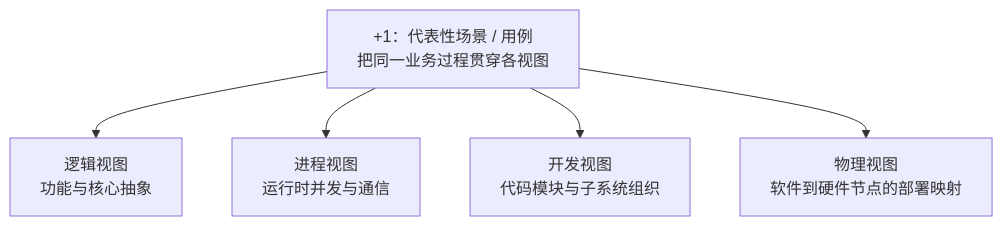
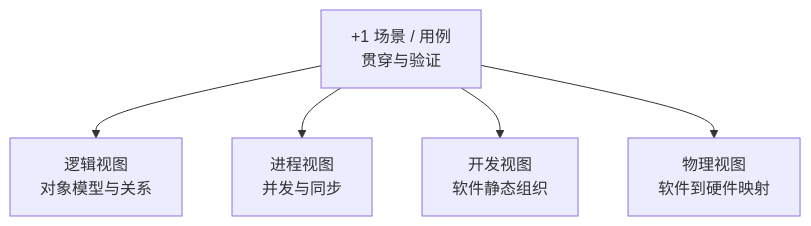
Before and after one commit to 74262195/system-architect-notes: the diagram in 01_综合知识/06_软件架构设计/02_软件架构视图：为什么同一系统需要多个观察视角.md, drawn with Mermaid. The commit also changed other lines of this file and 4 other files, not shown here.

Commit message:
feat: audit architecture concepts and add ABSD

````diff
--- a/01_综合知识/06_软件架构设计/02_软件架构视图：为什么同一系统需要多个观察视角.md
+++ b/01_综合知识/06_软件架构设计/02_软件架构视图：为什么同一系统需要多个观察视角.md
@@ -88,13 +85,12 @@
 ```mermaid
 flowchart TB
-    S["+1：代表性场景 / 用例<br/>把同一业务过程贯穿各视图"]
-    L["逻辑视图<br/>功能与核心抽象"]
-    P["进程视图<br/>运行时并发与通信"]
-    D["开发视图<br/>代码模块与子系统组织"]
-    H["物理视图<br/>软件到硬件节点的部署映射"]
-
+    S["+1 场景 / 用例<br/>贯穿与验证"]
+    L["逻辑视图<br/>对象模型与关系"]
+    P["进程视图<br/>并发与同步"]
+    D["开发视图<br/>软件静态组织"]
+    H["物理视图<br/>软件到硬件映射"]
     S --> L
     S --> P
     S --> D
     S --> H
 ```
````
